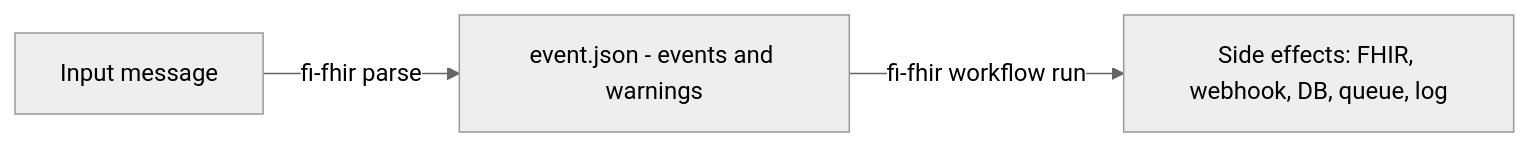
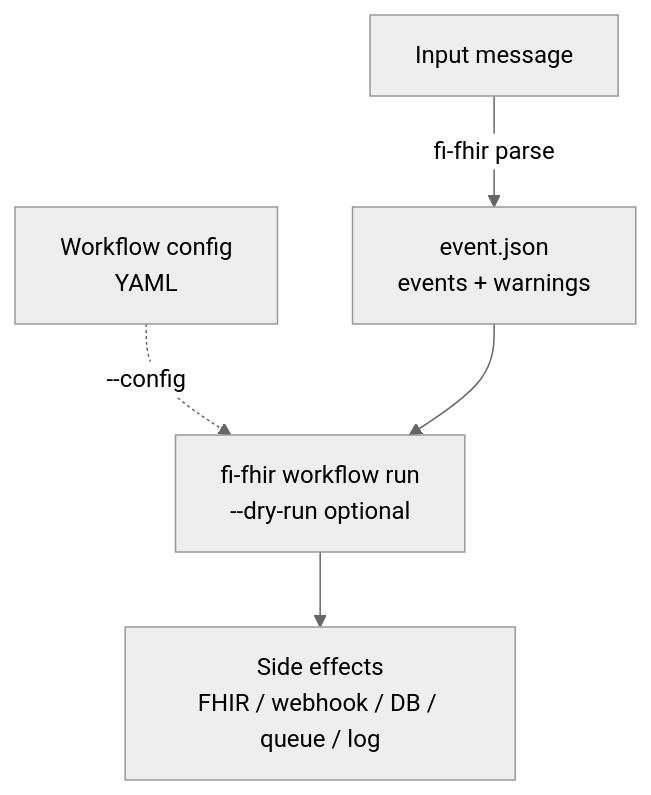
The diagram in docs/mermaid/cli-flow.mmd (crb2nu/fi-fhir), drawn with Mermaid (neutral theme) before and after one commit. The commit also changed other lines of this file and 15 other files, not shown here.

Commit message:
docs(ui): improve diagrams and enforce lint

```diff
--- a/docs/mermaid/cli-flow.mmd
+++ b/docs/mermaid/cli-flow.mmd
@@ -1,3 +1,5 @@
-flowchart LR
-  MSG[Input message] -->|fi-fhir parse| EVT[event.json - events and warnings]
-  EVT -->|fi-fhir workflow run| OUT[Side effects: FHIR, webhook, DB, queue, log]
+flowchart TB
+  MSG[Input message] -->|fi-fhir parse| EVT[event.json<br/>events + warnings]
+  CFG[Workflow config<br/>YAML] -.->|--config| RUN
+  EVT --> RUN[fi-fhir workflow run<br/>--dry-run optional]
+  RUN --> OUT[Side effects<br/>FHIR / webhook / DB / queue / log]
```
